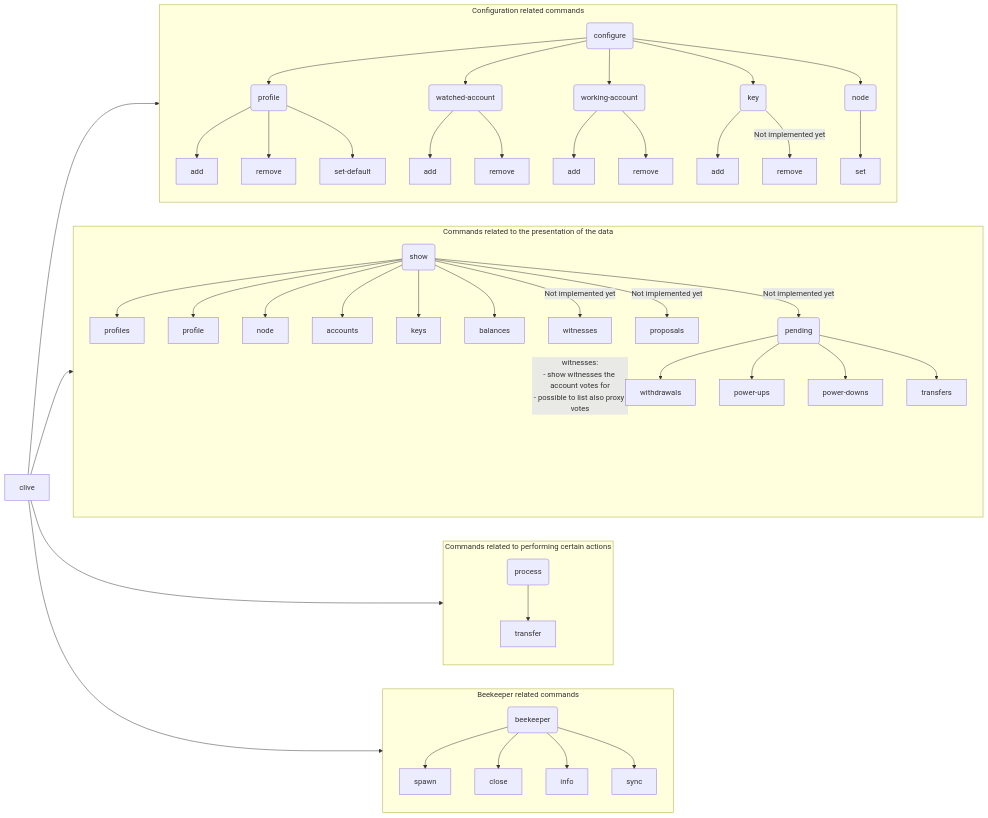
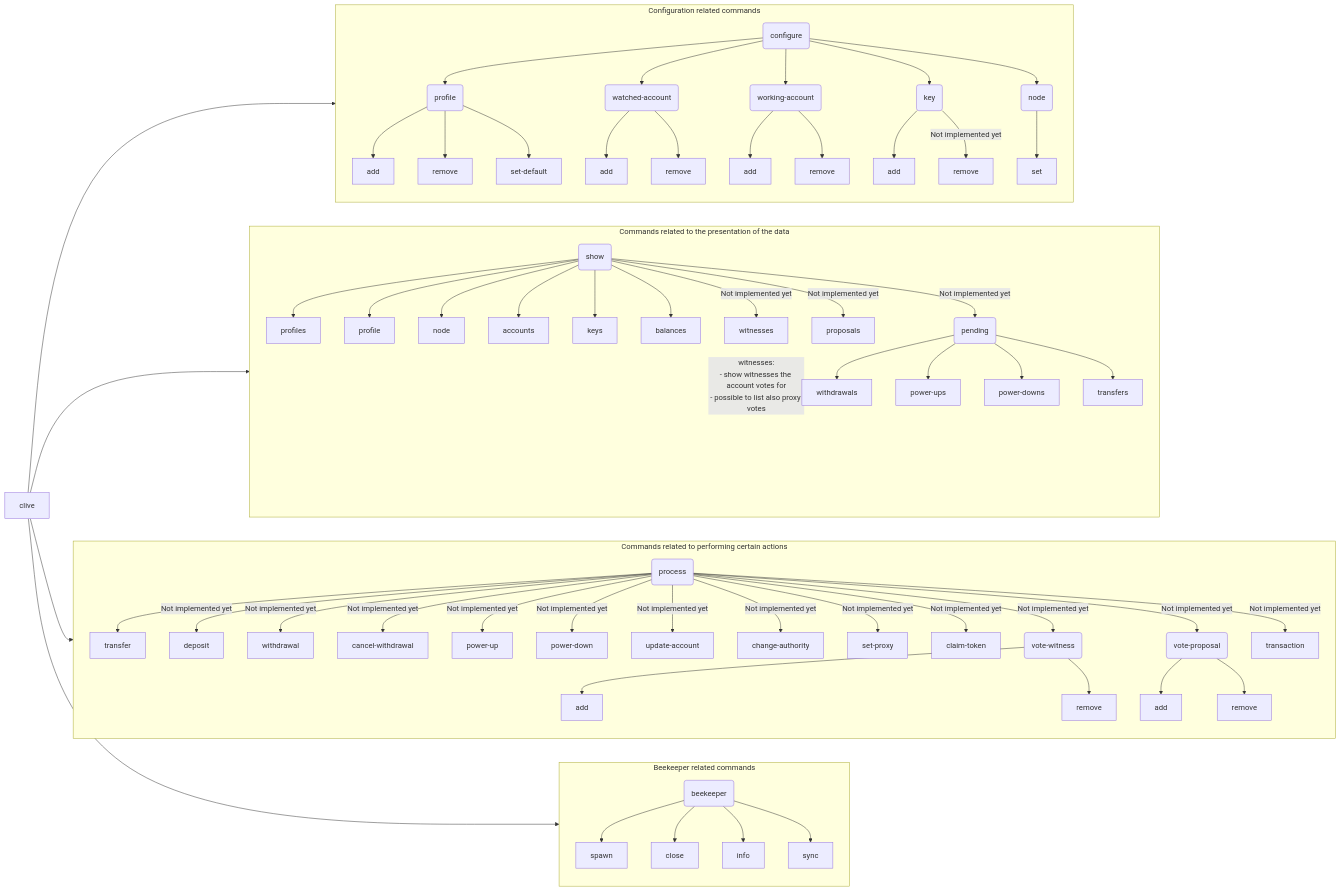
The diagram in clive/__private/cli/commands_structure.md (openhive-network/clive), drawn with Mermaid before and after one commit.

Commit message:
Supply process subgraph with other not currently implemented commands

```diff
--- a/clive/__private/cli/commands_structure.md
+++ b/clive/__private/cli/commands_structure.md
@@ -28,7 +28,26 @@
     end
 
    subgraph Processing[Commands related to performing certain actions]
-        Process(process) --> Transfer[transfer]
+        Process(process) --> ProcessTransfer[transfer]
+        Process -->|"Not implemented yet"|ProcessDeposit[deposit]
+        Process -->|"Not implemented yet"|ProcessWithdrawal[withdrawal]
+        Process -->|"Not implemented yet"|ProcessCancelWithdrawal[cancel-withdrawal]
+        Process -->|"Not implemented yet"|ProcessPowerUp[power-up]
+        Process -->|"Not implemented yet"|ProcessPowerDown[power-down]
+        Process -->|"Not implemented yet"|ProcessUpdateAccount[update-account]
+        Process -->|"Not implemented yet"|ProcessChangeAuthority[change-authority]
+        Process -->|"Not implemented yet"|ProcessSetProxy[set-proxy]
+        Process -->|"Not implemented yet"|ProcessClaimToken[claim-token]
+
+        Process -->|"Not implemented yet"|ProcessVoteWitness(vote-witness)
+        ProcessVoteWitness --> ProcessVoteWitnessAdd[add]
+        ProcessVoteWitness --> ProcessVoteWitnessRemove[remove]
+
+        Process -->|"Not implemented yet"|ProcessVoteProposal(vote-proposal)
+        ProcessVoteProposal --> ProcessVoteProposalAdd[add]
+        ProcessVoteProposal --> ProcessVoteProposalRemove[remove]
+
+        Process -->|"Not implemented yet"|ProcessTransaction[transaction]
     end
 
     subgraph Presentation[Commands related to the presentation of the data]
```
